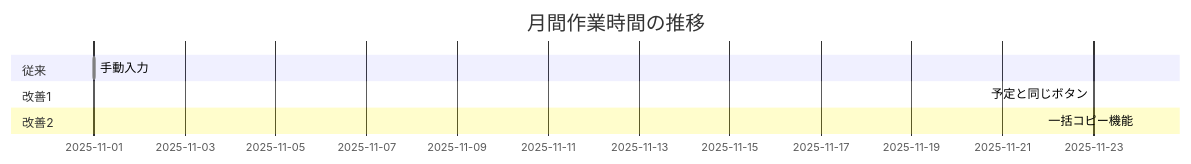
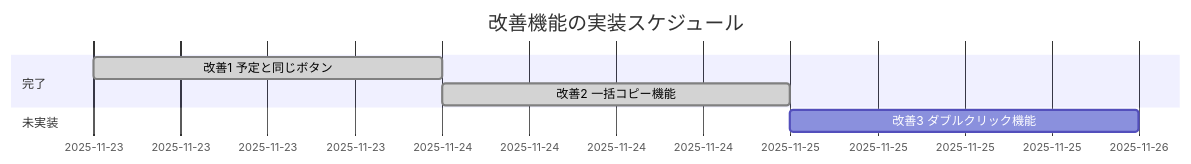
One commit to yasushi-honda/ai-care-shift-scheduler changed the second of 5 diagrams in docs/index.md. Above: the diagram before and after it, drawn with Mermaid. The commit also changed other lines of this file, not shown here.

````diff
--- a/docs/index.md
+++ b/docs/index.md
@@ -30,14 +38,12 @@
 ```mermaid
 gantt
-    title 月間作業時間の推移
+    title 改善機能の実装スケジュール
     dateFormat YYYY-MM-DD
 
-    section 従来
-    手動入力: done, old, 2025-11-01, 50m
+    section 完了
+    改善1 予定と同じボタン: done, impl1, 2025-11-23, 1d
+    改善2 一括コピー機能: done, impl2, 2025-11-24, 1d
 
-    section 改善1
-    予定と同じボタン: done, imp1, 2025-11-23, 25m
-
-    section 改善2
-    一括コピー機能: done, imp2, 2025-11-24, 7m
+    section 未実装
+    改善3 ダブルクリック機能: impl3, 2025-11-25, 1d
 ```
````
